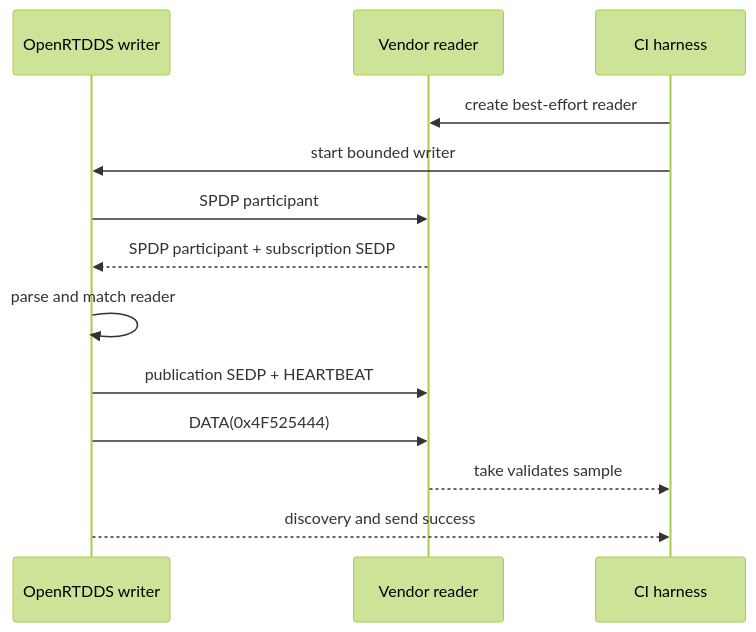
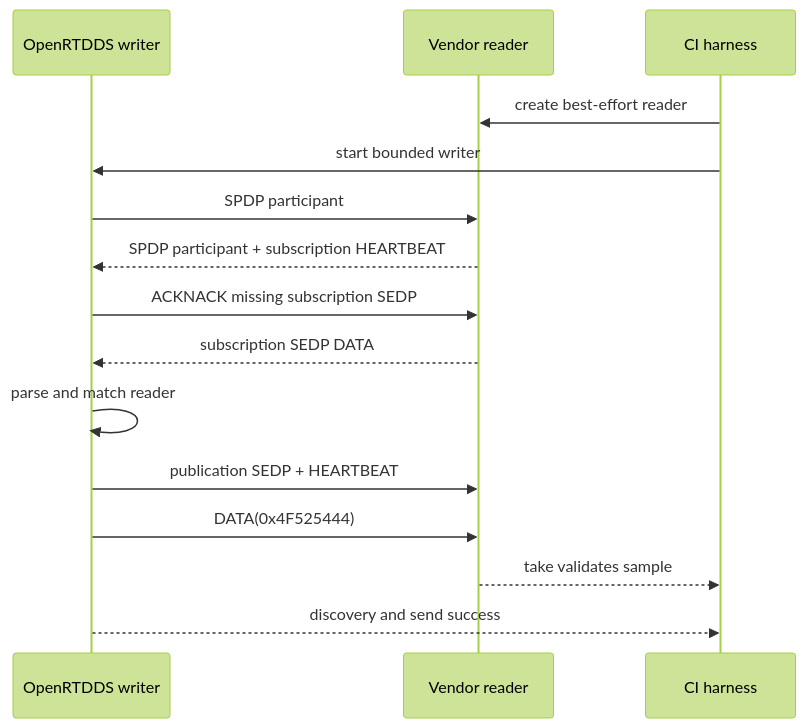
Before and after one commit to indrakanti/openRTDDS: the fourth of 4 diagrams in docs/design/interoperability/detailed-design.md, drawn with Mermaid (forest theme). The commit also changed other lines of this file and 2 other files, not shown here.

Commit message:
Request reliable subscription discovery data

````diff
--- a/docs/design/interoperability/detailed-design.md
+++ b/docs/design/interoperability/detailed-design.md
@@ -268,15 +272,17 @@
 ```mermaid
 sequenceDiagram
     participant O as OpenRTDDS writer
     participant V as Vendor reader
     participant H as CI harness
     H->>V: create best-effort reader
     H->>O: start bounded writer
     O->>V: SPDP participant
-    V-->>O: SPDP participant + subscription SEDP
+    V-->>O: SPDP participant + subscription HEARTBEAT
+    O->>V: ACKNACK missing subscription SEDP
+    V-->>O: subscription SEDP DATA
     O->>O: parse and match reader
     O->>V: publication SEDP + HEARTBEAT
     O->>V: DATA(0x4F525444)
     V-->>H: take validates sample
     O-->>H: discovery and send success
 ```
````
